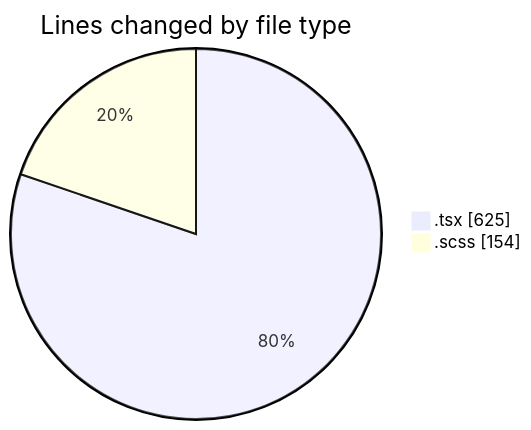
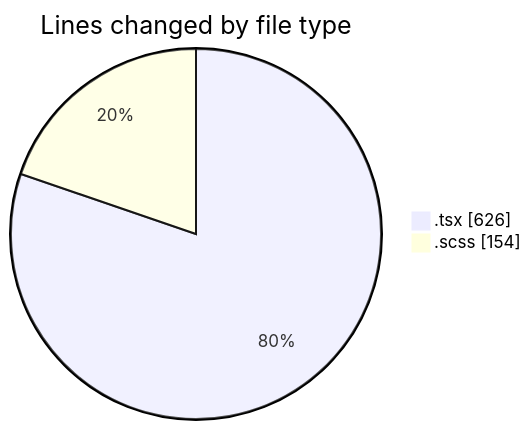
One commit to momahboobian/code-tracking changed the first of 2 diagrams in 2025-10-01/cda/README.md. Above: the diagram before and after it, drawn with Mermaid. The commit also changed other lines of this file and 1 other file, not shown here.

````diff
--- a/2025-10-01/cda/README.md
+++ b/2025-10-01/cda/README.md
@@ -22,6 +22,6 @@
 ```mermaid
 pie showData
 title Lines changed by file type
-".tsx" : 625
+".tsx" : 626
 ".scss" : 154
 ```
````
